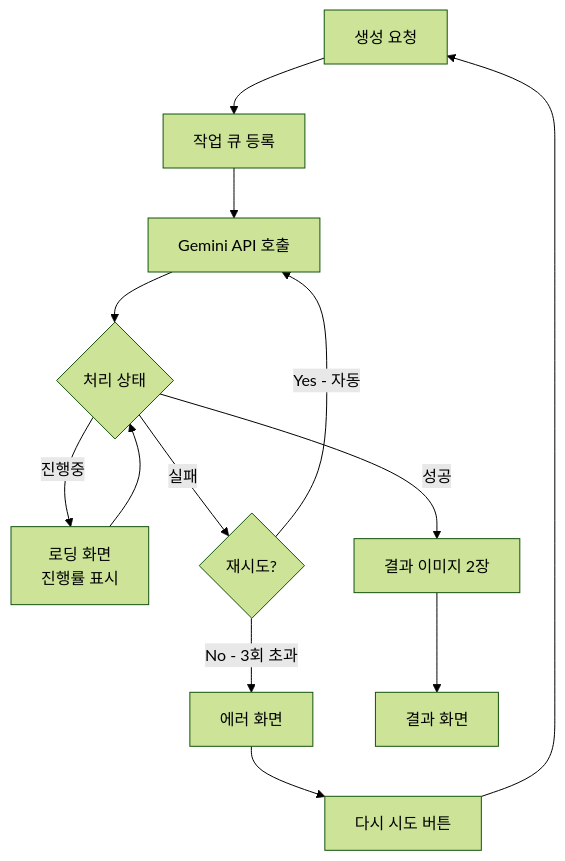
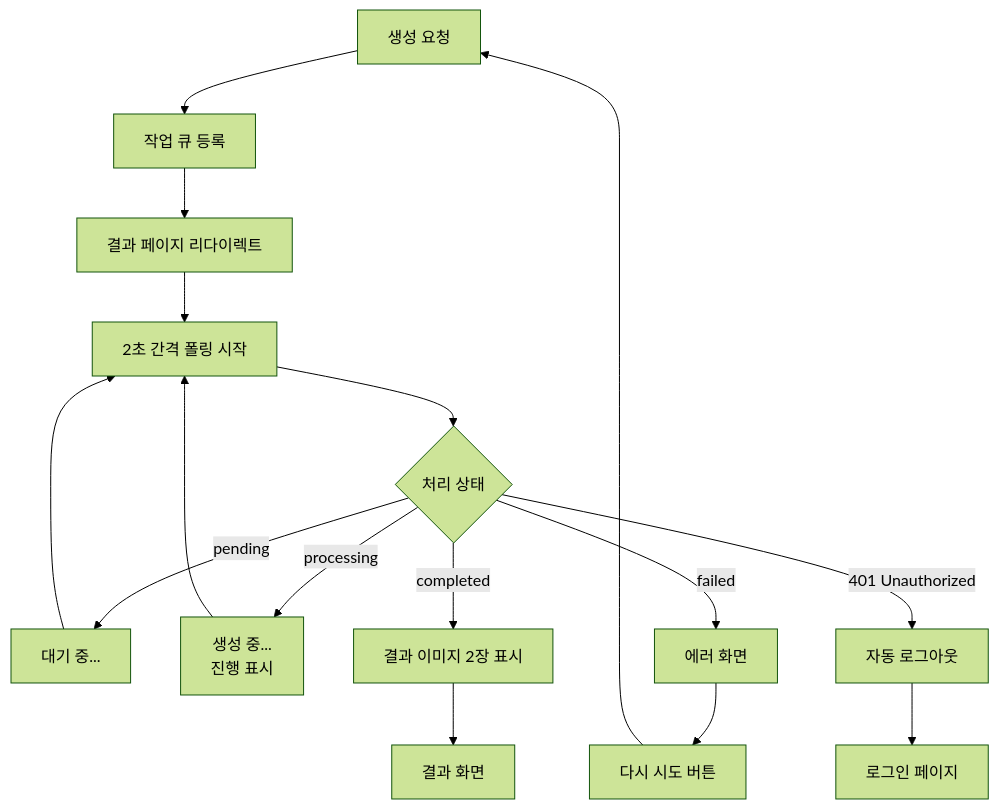
Before and after one commit to sangwopark19/icons-ai-mockup: the sixth of 11 diagrams in docs/USER_JOURNEY.md, drawn with Mermaid (forest theme). The commit also changed other lines of this file and 7 other files, not shown here.

````diff
--- a/docs/USER_JOURNEY.md
+++ b/docs/USER_JOURNEY.md
@@ -276,19 +283,21 @@
 ```mermaid
 flowchart TB
     Request[생성 요청] --> Queue[작업 큐 등록]
-    Queue --> Process[Gemini API 호출]
-    
-    Process --> Status{처리 상태}
-    Status -->|진행중| Loading[로딩 화면<br/>진행률 표시]
-    Loading --> Status
-    
-    Status -->|성공| Success[결과 이미지 2장]
-    Status -->|실패| Retry{재시도?}
-    
-    Retry -->|Yes - 자동| Process
-    Retry -->|No - 3회 초과| Fail[에러 화면]
-    
+    Queue --> Redirect[결과 페이지 리다이렉트]
+    Redirect --> Poll[2초 간격 폴링 시작]
+
+    Poll --> Status{처리 상태}
+    Status -->|pending| Wait[대기 중...]
+    Wait --> Poll
+    Status -->|processing| Loading[생성 중...<br/>진행 표시]
+    Loading --> Poll
+
+    Status -->|completed| Success[결과 이미지 2장 표시]
+    Status -->|failed| Fail[에러 화면]
+    Status -->|401 Unauthorized| Logout[자동 로그아웃]
+
     Success --> Display[결과 화면]
     Fail --> Recover[다시 시도 버튼]
+    Logout --> LoginPage[로그인 페이지]
     Recover --> Request
 ```
````
